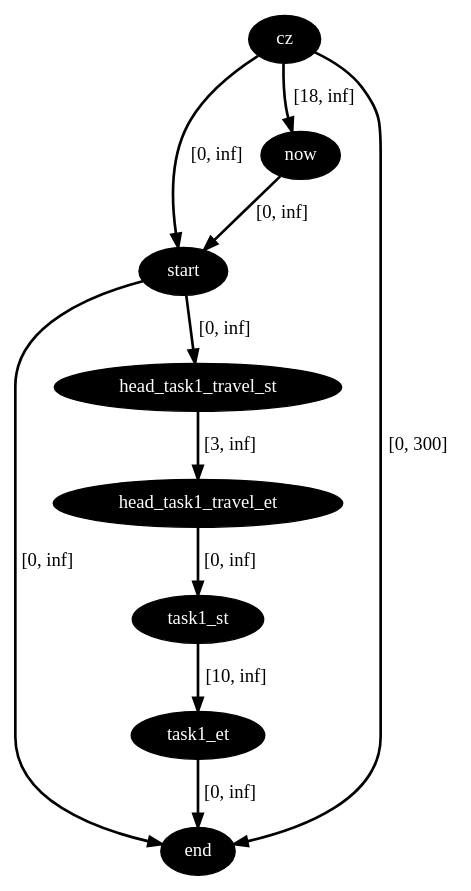
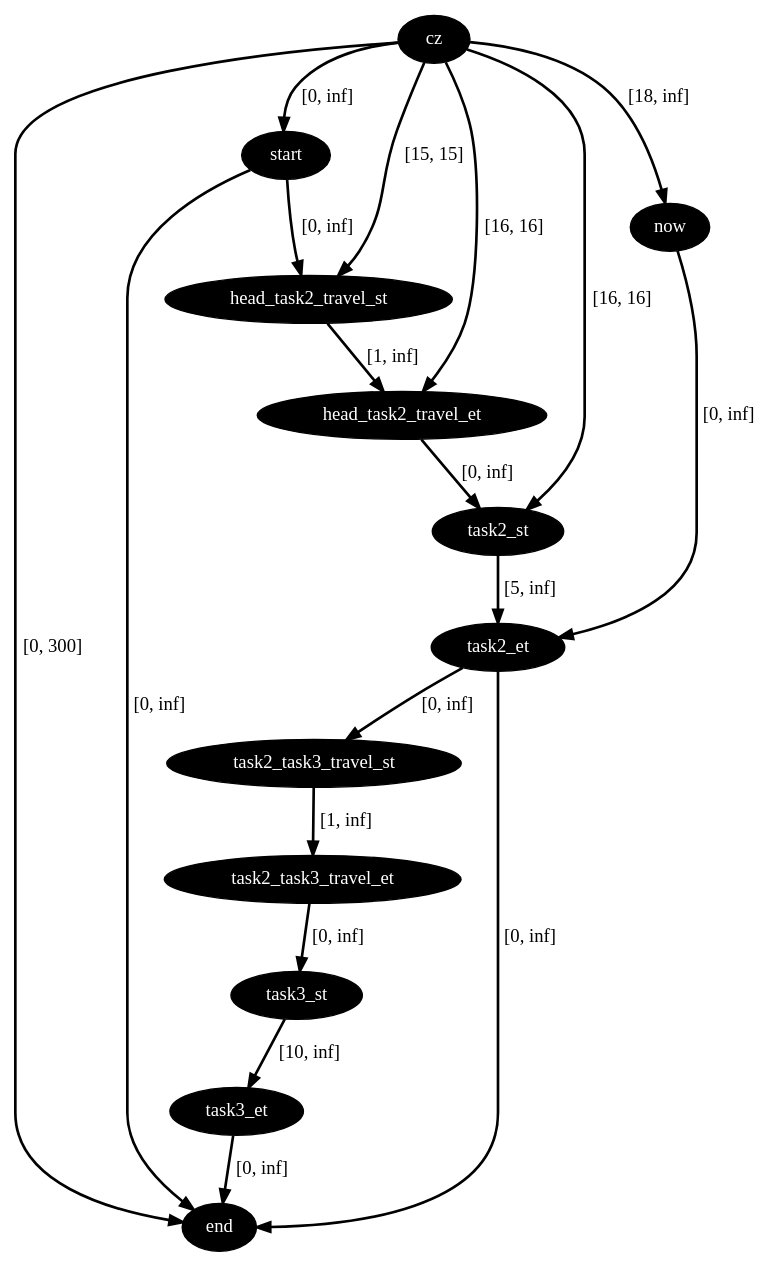
One commit to gkasha/maae changed the diagram in data/dot_files/agent_stn_1_t_18.dot. Above: the diagram before and after it, drawn with Graphviz. The commit also changed 477 other files, not shown here.

```diff
--- a/data/dot_files/agent_stn_1_t_18.dot
+++ b/data/dot_files/agent_stn_1_t_18.dot
@@ -1,20 +1,32 @@
 digraph plan {
 0[label="cz",style=filled,fillcolor=black,fontcolor=white];
 1[label="start",style=filled,fillcolor=black,fontcolor=white];
 2[label="now",style=filled,fillcolor=black,fontcolor=white];
 3[label="end",style=filled,fillcolor=black,fontcolor=white];
-7[label="head_task1_travel_st",style=filled,fillcolor=black,fontcolor=white];
-8[label="head_task1_travel_et",style=filled,fillcolor=black,fontcolor=white];
-9[label="task1_st",style=filled,fillcolor=black,fontcolor=white];
-10[label="task1_et",style=filled,fillcolor=black,fontcolor=white];
+7[label="head_task2_travel_st",style=filled,fillcolor=black,fontcolor=white];
+8[label="head_task2_travel_et",style=filled,fillcolor=black,fontcolor=white];
+9[label="task2_st",style=filled,fillcolor=black,fontcolor=white];
+10[label="task2_et",style=filled,fillcolor=black,fontcolor=white];
+15[label="task2_task3_travel_st",style=filled,fillcolor=black,fontcolor=white];
+16[label="task2_task3_travel_et",style=filled,fillcolor=black,fontcolor=white];
+17[label="task3_st",style=filled,fillcolor=black,fontcolor=white];
+18[label="task3_et",style=filled,fillcolor=black,fontcolor=white];
 "0"->"1"[label="[0, inf]",penwidth=2,color=black];
 "0"->"3"[label="[0, 300]",penwidth=2,color=black];
-"7"->"8"[label="[3, inf]",penwidth=2,color=black];
+"7"->"8"[label="[1, inf]",penwidth=2,color=black];
+"0"->"8"[label="[16, 16]",penwidth=2,color=black];
 "1"->"7"[label="[0, inf]",penwidth=2,color=black];
+"0"->"7"[label="[15, 15]",penwidth=2,color=black];
 "0"->"2"[label="[18, inf]",penwidth=2,color=black];
-"2"->"1"[label="[0, inf]",penwidth=2,color=black];
+"2"->"10"[label="[0, inf]",penwidth=2,color=black];
 "1"->"3"[label="[0, inf]",penwidth=2,color=black];
 "10"->"3"[label="[0, inf]",penwidth=2,color=black];
-"9"->"10"[label="[10, inf]",penwidth=2,color=black];
+"0"->"9"[label="[16, 16]",penwidth=2,color=black];
+"15"->"16"[label="[1, inf]",penwidth=2,color=black];
+"10"->"15"[label="[0, inf]",penwidth=2,color=black];
+"9"->"10"[label="[5, inf]",penwidth=2,color=black];
 "8"->"9"[label="[0, inf]",penwidth=2,color=black];
+"18"->"3"[label="[0, inf]",penwidth=2,color=black];
+"17"->"18"[label="[10, inf]",penwidth=2,color=black];
+"16"->"17"[label="[0, inf]",penwidth=2,color=black];
 }
```
